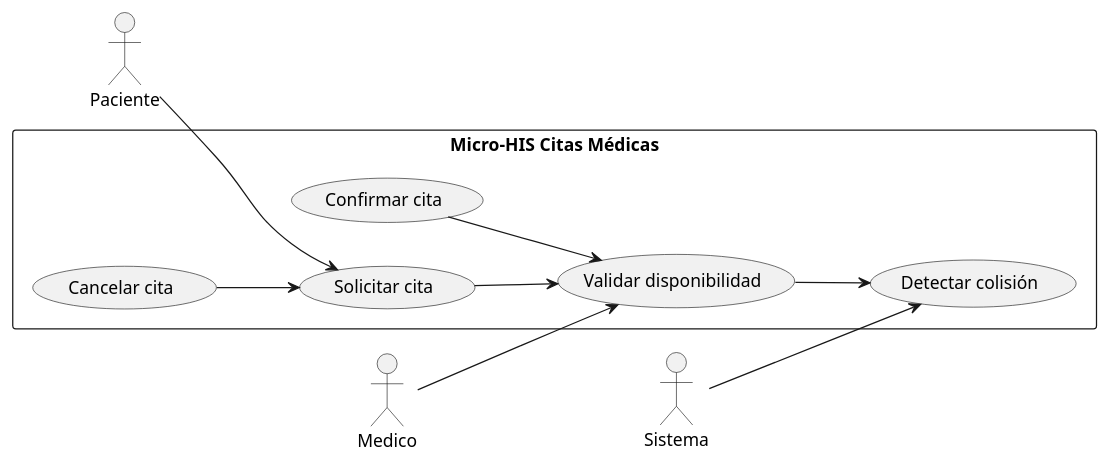
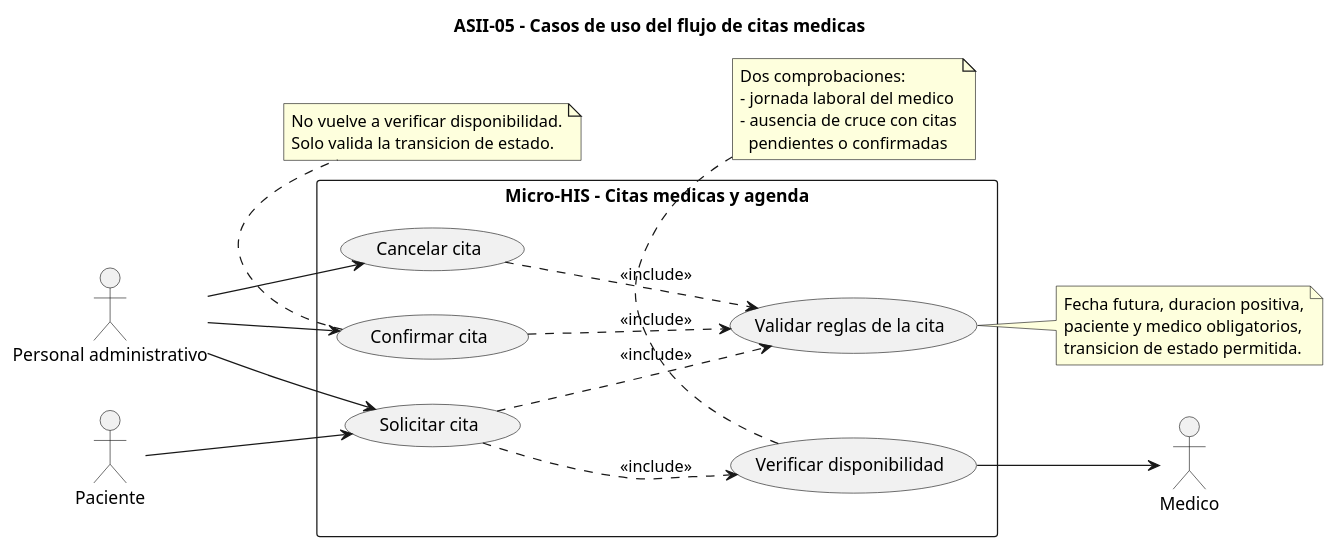
One commit to EddCastro/micro-his-citas-medicas-agenda changed the diagram in docs/modulos/mod05/diagramas/caso-uso.puml. Above: the diagram before and after it, drawn with PlantUML. The commit also changed 9 other files, not shown here.

First line of the commit message:
docs(mod05): correct UML diagrams and render exports

```diff
--- a/docs/modulos/mod05/diagramas/caso-uso.puml
+++ b/docs/modulos/mod05/diagramas/caso-uso.puml
@@ -1,27 +1,50 @@
 @startuml
+title ASII-05 - Casos de uso del flujo de citas medicas
+
 left to right direction
+skinparam packageStyle rectangle
+skinparam shadowing false
 
-actor Paciente
-actor Medico
-actor Sistema
+actor "Personal administrativo" as Admin
+actor "Paciente" as Paciente
+actor "Medico" as Medico
 
-rectangle "Micro-HIS Citas Médicas" {
-
-usecase "Solicitar cita" as UC1
-usecase "Validar disponibilidad" as UC2
-usecase "Confirmar cita" as UC3
-usecase "Cancelar cita" as UC4
-usecase "Detectar colisión" as UC5
-
+rectangle "Micro-HIS - Citas medicas y agenda" {
+  usecase "Solicitar cita" as UC1
+  usecase "Confirmar cita" as UC2
+  usecase "Cancelar cita" as UC3
+  usecase "Validar reglas de la cita" as UC4
+  usecase "Verificar disponibilidad" as UC5
 }
 
 Paciente --> UC1
-Medico --> UC2
-Sistema --> UC5
+Admin --> UC1
+Admin --> UC2
+Admin --> UC3
 
-UC1 --> UC2
-UC3 --> UC2
-UC4 --> UC1
-UC2 --> UC5
+UC1 ..> UC4 : <<include>>
+UC1 ..> UC5 : <<include>>
+UC2 ..> UC4 : <<include>>
+UC3 ..> UC4 : <<include>>
+
+UC5 --> Medico
+
+note bottom of UC5
+Dos comprobaciones:
+- jornada laboral del medico
+- ausencia de cruce con citas
+  pendientes o confirmadas
+end note
+
+note bottom of UC2
+No vuelve a verificar disponibilidad.
+Solo valida la transicion de estado.
+end note
+
+note right of UC4
+Fecha futura, duracion positiva,
+paciente y medico obligatorios,
+transicion de estado permitida.
+end note
 
 @enduml
```
